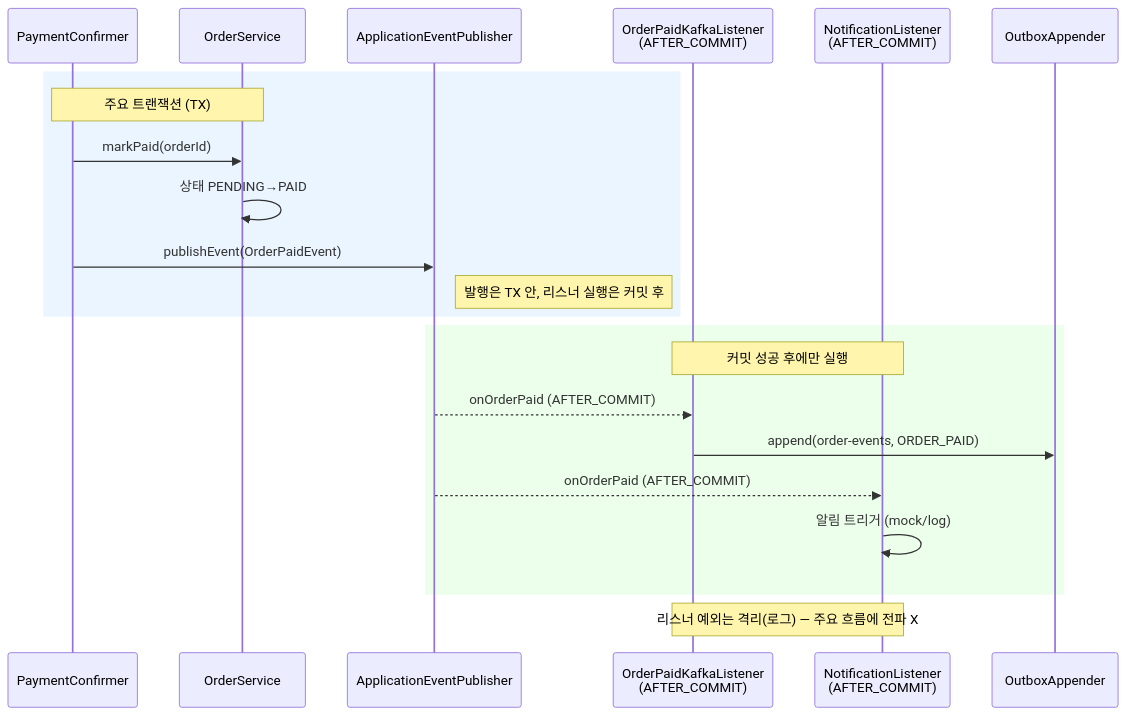
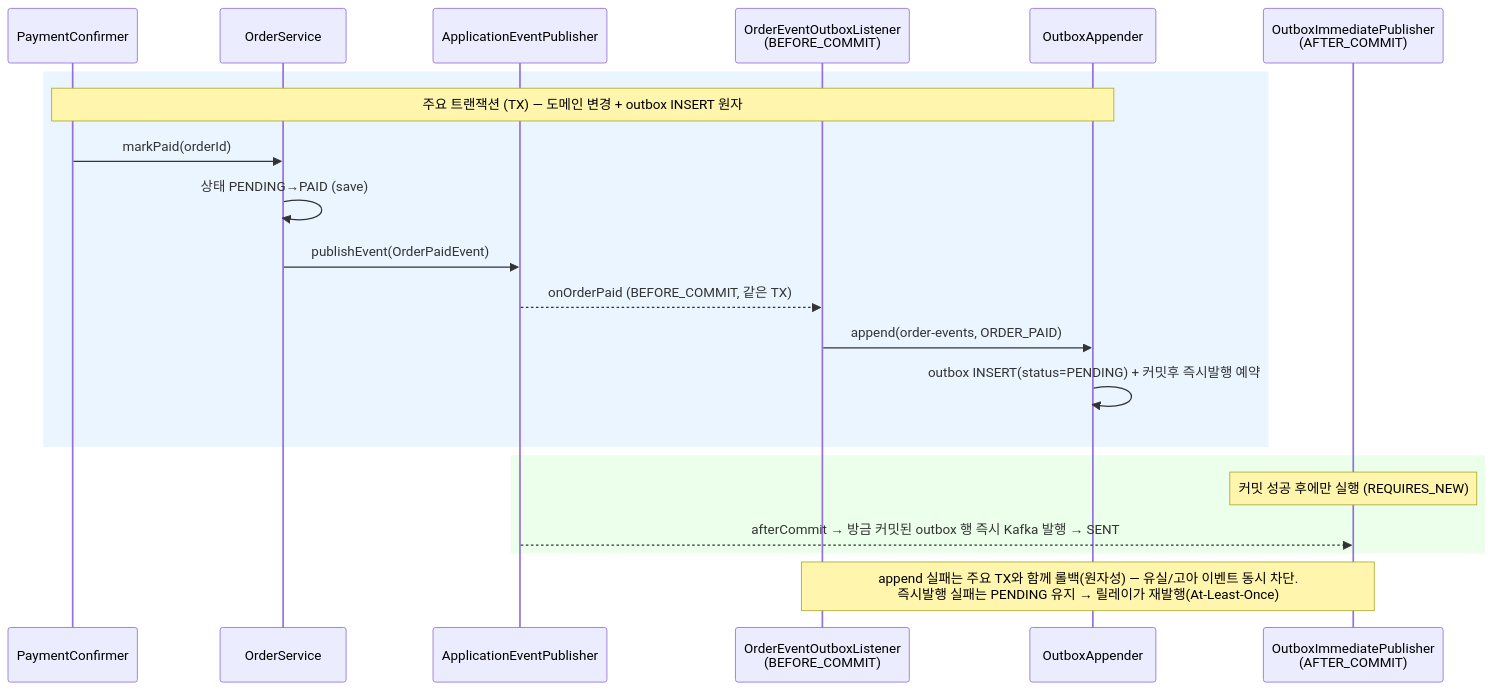
The first of 10 diagrams in docs/week7/02-sequence-diagrams.md (gamewithfriend/loop-pack-be-l2-vol4-java), drawn with Mermaid before and after one commit. The commit also changed other lines of this file and 1 other file, not shown here.

First line of the commit message:
docs(week7): 요구사항·시퀀스 다이어그램을 현재 구현에 동기화

````diff
--- a/docs/week7/02-sequence-diagrams.md
+++ b/docs/week7/02-sequence-diagrams.md
@@ -54,27 +55,26 @@
 ```mermaid
 sequenceDiagram
     participant PCfm as PaymentConfirmer
     participant OSvc as OrderService
     participant Pub as ApplicationEventPublisher
-    participant L1 as OrderPaidKafkaListener<br/>(AFTER_COMMIT)
-    participant L2 as NotificationListener<br/>(AFTER_COMMIT)
+    participant L1 as OrderEventOutboxListener<br/>(BEFORE_COMMIT)
     participant Appender as OutboxAppender
+    participant ImmPub as OutboxImmediatePublisher<br/>(AFTER_COMMIT)
 
     rect rgb(235,245,255)
-    note over PCfm,OSvc: 주요 트랜잭션 (TX)
+    note over PCfm,Appender: 주요 트랜잭션 (TX) — 도메인 변경 + outbox INSERT 원자
     PCfm->>OSvc: markPaid(orderId)
-    OSvc->>OSvc: 상태 PENDING→PAID
-    PCfm->>Pub: publishEvent(OrderPaidEvent)
-    note right of Pub: 발행은 TX 안, 리스너 실행은 커밋 후
+    OSvc->>OSvc: 상태 PENDING→PAID (save)
+    OSvc->>Pub: publishEvent(OrderPaidEvent)
+    Pub-->>L1: onOrderPaid (BEFORE_COMMIT, 같은 TX)
+    L1->>Appender: append(order-events, ORDER_PAID)
+    Appender->>Appender: outbox INSERT(status=PENDING) + 커밋후 즉시발행 예약
     end
 
     rect rgb(235,255,235)
-    note over L1,L2: 커밋 성공 후에만 실행
-    Pub-->>L1: onOrderPaid (AFTER_COMMIT)
-    L1->>Appender: append(order-events, ORDER_PAID)
-    Pub-->>L2: onOrderPaid (AFTER_COMMIT)
-    L2->>L2: 알림 트리거 (mock/log)
+    note over ImmPub: 커밋 성공 후에만 실행 (REQUIRES_NEW)
+    Pub-->>ImmPub: afterCommit → 방금 커밋된 outbox 행 즉시 Kafka 발행 → SENT
     end
 
-    note over L1,L2: 리스너 예외는 격리(로그) — 주요 흐름에 전파 X
+    note over L1,ImmPub: append 실패는 주요 TX와 함께 롤백(원자성) — 유실/고아 이벤트 동시 차단.<br/>즉시발행 실패는 PENDING 유지 → 릴레이가 재발행(At-Least-Once)
 ```
````
